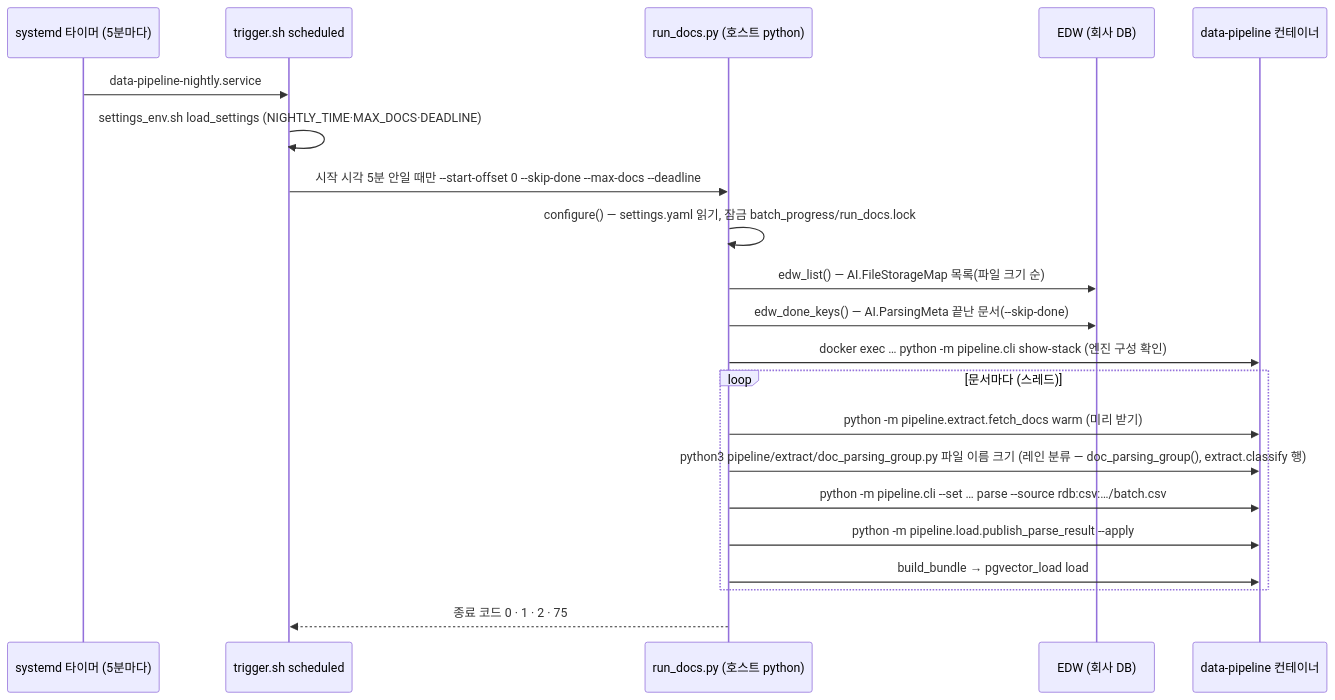
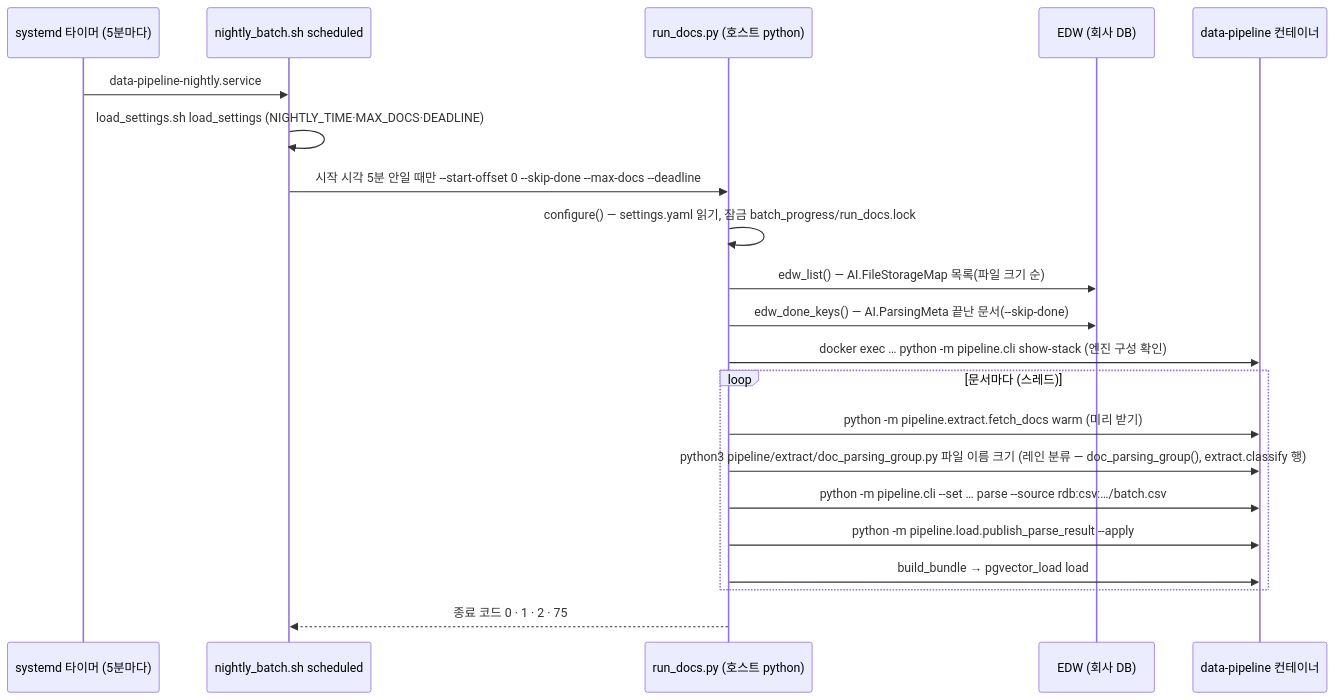
One commit to gigasamba/sbl_data_parsing changed the second of 11 diagrams in docs/architecture/parse_flow.md. Above: the diagram before and after it, drawn with Mermaid. The commit also changed other lines of this file and 52 other files, not shown here.

````diff
--- a/docs/architecture/parse_flow.md
+++ b/docs/architecture/parse_flow.md
@@ -33,23 +33,23 @@
 ```mermaid
 sequenceDiagram
     participant T as systemd 타이머 (5분마다)
-    participant S as trigger.sh scheduled
+    participant S as nightly_batch.sh scheduled
     participant R as run_docs.py (호스트 python)
     participant E as EDW (회사 DB)
     participant C as data-pipeline 컨테이너
     T->>S: data-pipeline-nightly.service
-    S->>S: settings_env.sh load_settings (NIGHTLY_TIME·MAX_DOCS·DEADLINE)
+    S->>S: load_settings.sh load_settings (NIGHTLY_TIME·MAX_DOCS·DEADLINE)
     S->>R: 시작 시각 5분 안일 때만 --start-offset 0 --skip-done --max-docs --deadline
     R->>R: configure() — settings.yaml 읽기, 잠금 batch_progress/run_docs.lock
     R->>E: edw_list() — AI.FileStorageMap 목록(파일 크기 순)
     R->>E: edw_done_keys() — AI.ParsingMeta 끝난 문서(--skip-done)
     R->>C: docker exec … python -m pipeline.cli show-stack (엔진 구성 확인)
     loop 문서마다 (스레드)
         R->>C: python -m pipeline.extract.fetch_docs warm (미리 받기)
         R->>C: python3 pipeline/extract/doc_parsing_group.py 파일 이름 크기 (레인 분류 — doc_parsing_group(), extract.classify 행)
         R->>C: python -m pipeline.cli --set … parse --source rdb:csv:…/batch.csv
         R->>C: python -m pipeline.load.publish_parse_result --apply
         R->>C: build_bundle → pgvector_load load
     end
     R-->>S: 종료 코드 0 · 1 · 2 · 75
 ```
````
